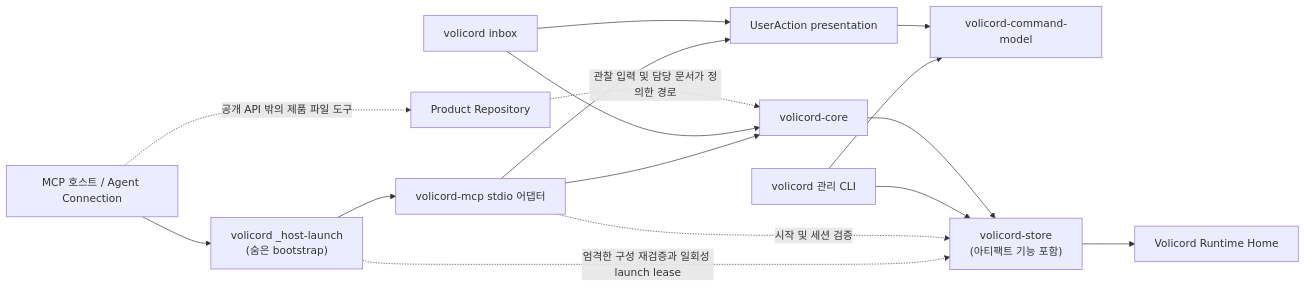
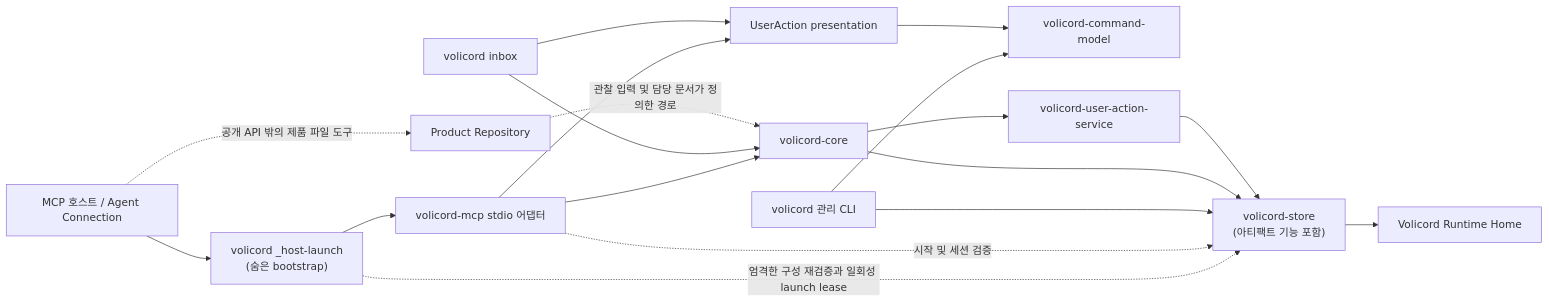
The diagram in docs/ko/architecture-guide/architecture.md (minjungw00/Volicord), drawn with Mermaid before and after one commit. The commit also changed other lines of this file and 96 other files, not shown here.

Commit message:
refactor(user-action): extract semantic service crate

````diff
--- a/docs/ko/architecture-guide/architecture.md
+++ b/docs/ko/architecture-guide/architecture.md
@@ -29,28 +29,31 @@
 ```mermaid
 flowchart LR
   host["MCP 호스트 / Agent Connection"]
   launcher["volicord _host-launch<br/>(숨은 bootstrap)"]
   mcp["volicord-mcp stdio 어댑터"]
   cli["volicord 관리 CLI"]
   inbox["volicord inbox"]
   syntax["volicord-command-model"]
   presentation["UserAction presentation"]
   core["volicord-core"]
+  action_service["volicord-user-action-service"]
   store["volicord-store<br/>(아티팩트 기능 포함)"]
   runtime["Volicord Runtime Home"]
   product["Product Repository"]
 
   host --> launcher --> mcp --> core
   launcher -. 엄격한 구성 재검증과 일회성 launch lease .-> store
   mcp -. 시작 및 세션 검증 .-> store
   mcp --> presentation
   cli --> store
   cli --> syntax
   inbox --> core
   inbox --> presentation
   presentation --> syntax
+  core --> action_service
   core --> store
+  action_service --> store
   store --> runtime
   product -. 관찰 입력 및 담당 문서가 정의한 경로 .-> core
   host -. 공개 API 밖의 제품 파일 도구 .-> product
 ```
````
